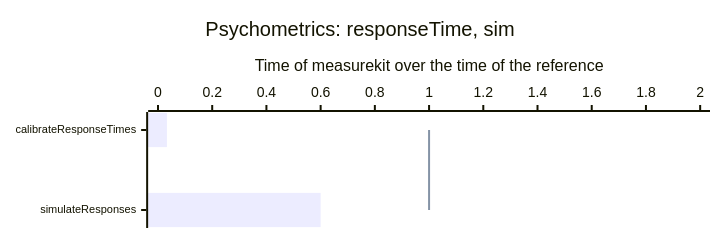
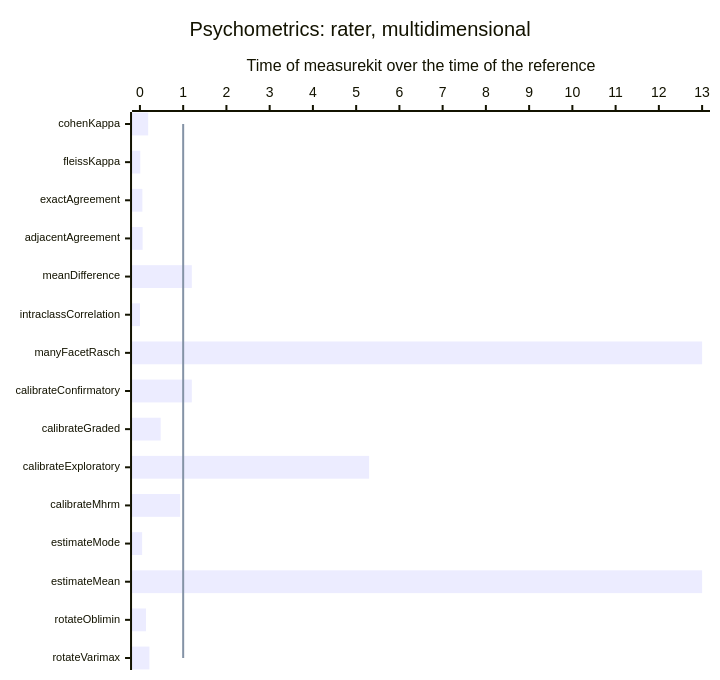
Before and after one commit to measurekit/measurekit: the eighth of 11 diagrams in docs/performance.md, drawn with Mermaid. The commit also changed other lines of this file and 5 other files, not shown here.

````diff
--- a/docs/performance.md
+++ b/docs/performance.md
@@ -83,9 +83,9 @@
 ```mermaid
-%%{init: {"xyChart": {"height": 218, "xAxis": {"labelFontSize": 11}}}}%%
+%%{init: {"xyChart": {"height": 660, "xAxis": {"labelFontSize": 11}}}}%%
 xychart-beta horizontal
-  title "Psychometrics: responseTime, sim"
-  x-axis ["calibrateResponseTimes", "simulateResponses"]
-  y-axis "Time of measurekit over the time of the reference" 0 --> 2
-  bar [0.033, 0.6]
-  line [1, 1]
+  title "Psychometrics: rater, multidimensional"
+  x-axis ["cohenKappa", "fleissKappa", "exactAgreement", "adjacentAgreement", "meanDifference", "intraclassCorrelation", "manyFacetRasch", "calibrateConfirmatory", "calibrateGraded", "calibrateExploratory", "calibrateMhrm", "estimateMode", "estimateMean", "rotateOblimin", "rotateVarimax"]
+  y-axis "Time of measurekit over the time of the reference" 0 --> 13
+  bar [0.19, 0.0079, 0.057, 0.062, 1.2, 0.0026, 13, 1.2, 0.48, 5.3, 0.93, 0.051, 13, 0.14, 0.22]
+  line [1, 1, 1, 1, 1, 1, 1, 1, 1, 1, 1, 1, 1, 1, 1]
 ```
````
